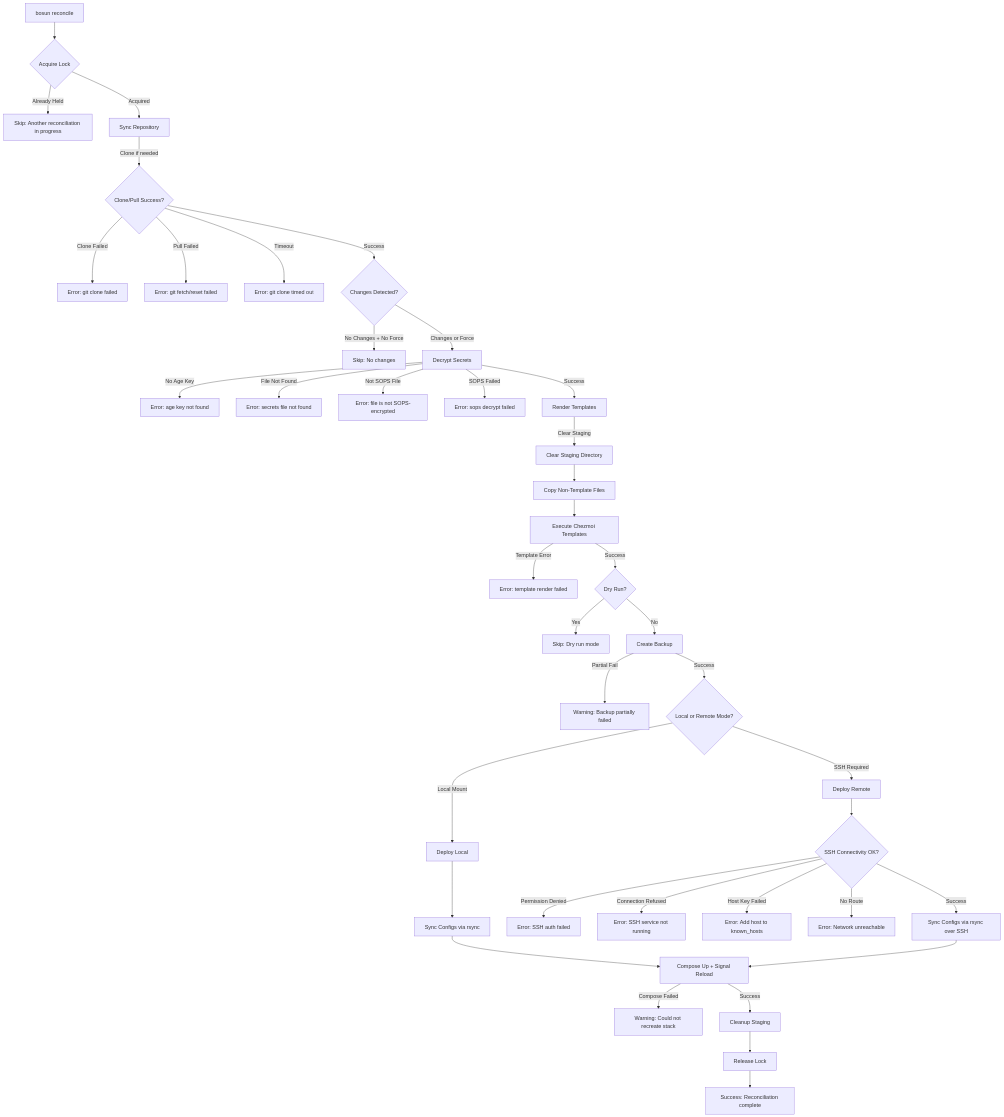
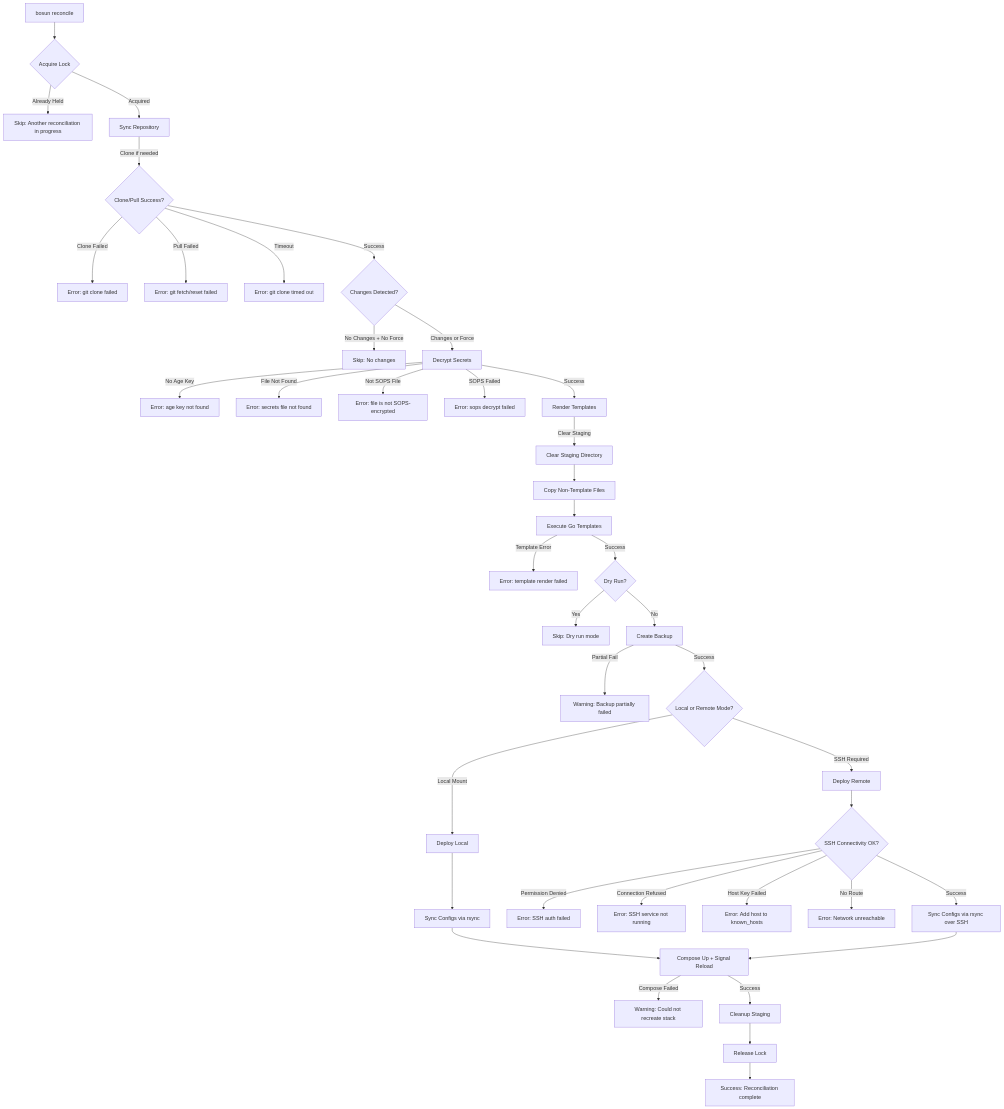
One commit to cameronsjo/bosun changed the third of 7 diagrams in docs/workflows.md. Above: the diagram before and after it, drawn with Mermaid. The commit also changed other lines of this file and 64 other files, not shown here.

````diff
--- a/docs/workflows.md
+++ b/docs/workflows.md
@@ -178,54 +178,54 @@
 ```mermaid
 flowchart TD
     A[bosun reconcile] --> B{Acquire Lock}
     B -->|Already Held| B_SKIP[Skip: Another reconciliation in progress]
     B -->|Acquired| C[Sync Repository]
 
     C -->|Clone if needed| D{Clone/Pull Success?}
     D -->|Clone Failed| D_ERR1[Error: git clone failed]
     D -->|Pull Failed| D_ERR2[Error: git fetch/reset failed]
     D -->|Timeout| D_ERR3[Error: git clone timed out]
     D -->|Success| E{Changes Detected?}
 
     E -->|No Changes + No Force| E_SKIP[Skip: No changes]
     E -->|Changes or Force| F[Decrypt Secrets]
 
     F -->|No Age Key| F_ERR1[Error: age key not found]
     F -->|File Not Found| F_ERR2[Error: secrets file not found]
     F -->|Not SOPS File| F_ERR3[Error: file is not SOPS-encrypted]
     F -->|SOPS Failed| F_ERR4[Error: sops decrypt failed]
     F -->|Success| G[Render Templates]
 
     G -->|Clear Staging| G1[Clear Staging Directory]
     G1 --> G2[Copy Non-Template Files]
-    G2 --> G3[Execute Chezmoi Templates]
+    G2 --> G3[Execute Go Templates]
     G3 -->|Template Error| G_ERR[Error: template render failed]
     G3 -->|Success| H{Dry Run?}
 
     H -->|Yes| H_DRY[Skip: Dry run mode]
     H -->|No| I[Create Backup]
 
     I -->|Partial Fail| I_WARN[Warning: Backup partially failed]
     I -->|Success| J{Local or Remote Mode?}
 
     J -->|Local Mount| K[Deploy Local]
     J -->|SSH Required| L[Deploy Remote]
 
     K --> M[Sync Configs via rsync]
     L --> N{SSH Connectivity OK?}
 
     N -->|Permission Denied| N_ERR1[Error: SSH auth failed]
     N -->|Connection Refused| N_ERR2[Error: SSH service not running]
     N -->|Host Key Failed| N_ERR3[Error: Add host to known_hosts]
     N -->|No Route| N_ERR4[Error: Network unreachable]
     N -->|Success| O[Sync Configs via rsync over SSH]
 
     M --> P[Compose Up + Signal Reload]
     O --> P
 
     P -->|Compose Failed| P_WARN[Warning: Could not recreate stack]
     P -->|Success| Q[Cleanup Staging]
 
     Q --> R[Release Lock]
     R --> S[Success: Reconciliation complete]
 ```
````
